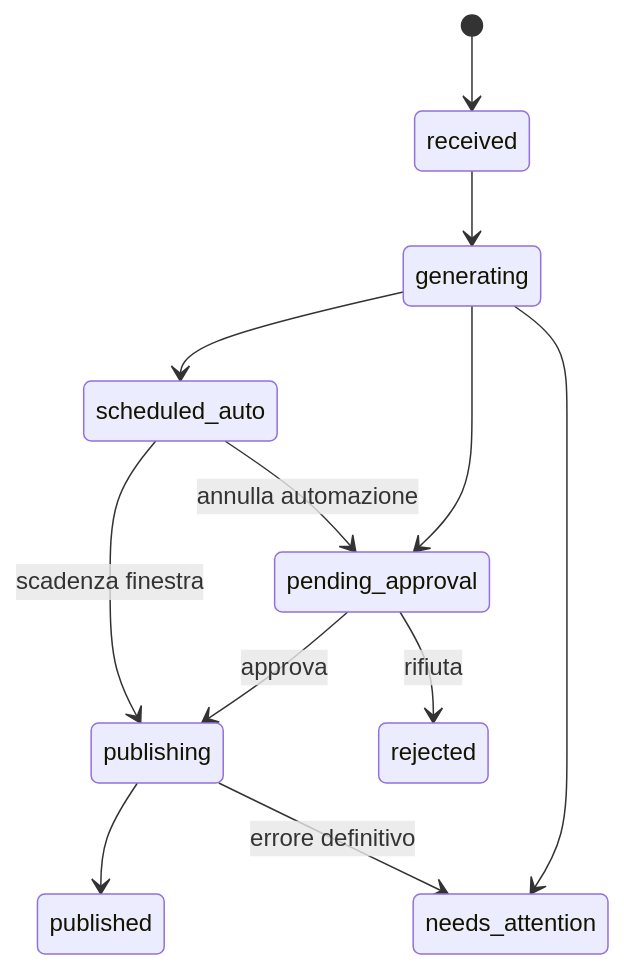
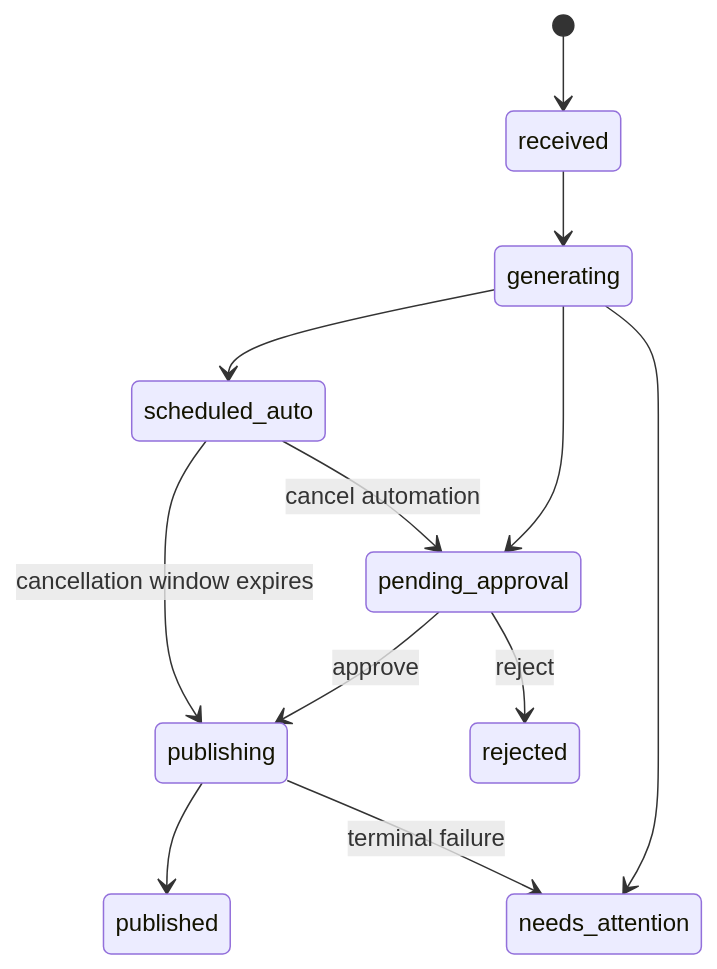
The second of 2 diagrams in README.md (DevvoLazza/AutoReview), drawn with Mermaid before and after one commit. The commit also changed other lines of this file, not shown here.

````diff
--- a/README.md
+++ b/README.md
@@ -182,14 +108,14 @@
 ```mermaid
 stateDiagram-v2
     [*] --> received
     received --> generating
     generating --> pending_approval
     generating --> scheduled_auto
     generating --> needs_attention
-    pending_approval --> publishing: approva
-    pending_approval --> rejected: rifiuta
-    scheduled_auto --> pending_approval: annulla automazione
-    scheduled_auto --> publishing: scadenza finestra
+    pending_approval --> publishing: approve
+    pending_approval --> rejected: reject
+    scheduled_auto --> pending_approval: cancel automation
+    scheduled_auto --> publishing: cancellation window expires
     publishing --> published
-    publishing --> needs_attention: errore definitivo
+    publishing --> needs_attention: terminal failure
 ```
````
